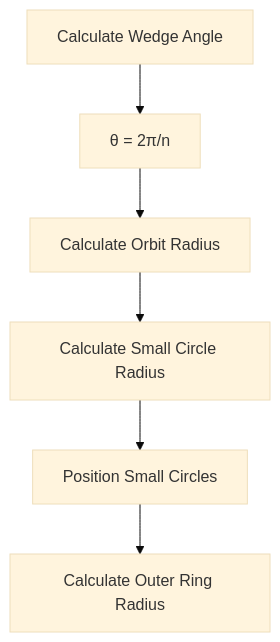
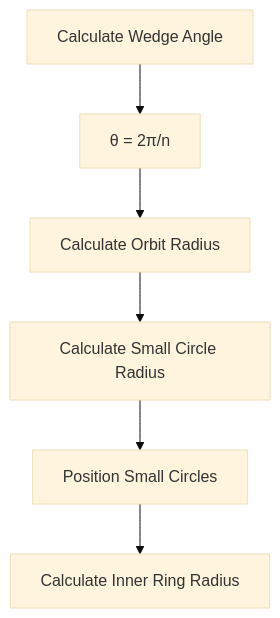
One commit to dlaliberte/devize changed the third of 5 diagrams in src/charts/docs/mandalaChart.md. Above: the diagram before and after it, drawn with Mermaid (base theme). The commit also changed other lines of this file and 18 other files, not shown here.

````diff
--- a/src/charts/docs/mandalaChart.md
+++ b/src/charts/docs/mandalaChart.md
@@ -73,8 +73,8 @@
 ```mermaid
 graph TD
     A[Calculate Wedge Angle] --> B[θ = 2π/n]
     B --> C[Calculate Orbit Radius]
     C --> D[Calculate Small Circle Radius]
     D --> E[Position Small Circles]
-    E --> F[Calculate Outer Ring Radius]
+    E --> F[Calculate Inner Ring Radius]
 ```
````
